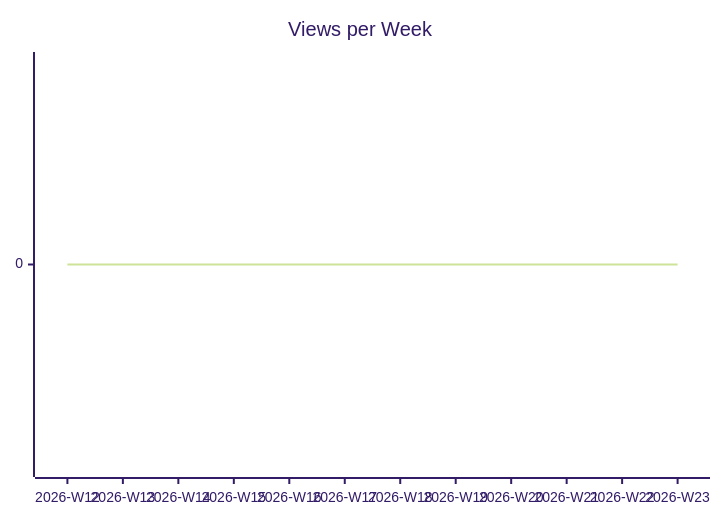
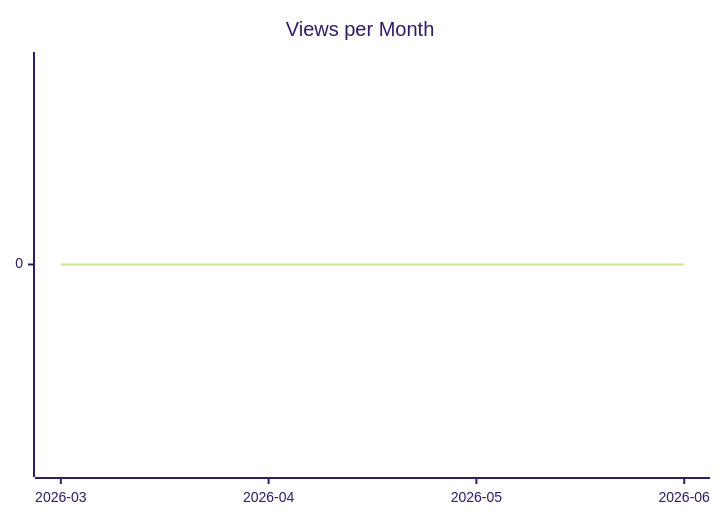
One commit to justdavis-family/github-analytics-data changed the second of 3 diagrams in karlmdavis/liquibase/README.md. Above: the diagram before and after it, drawn with Mermaid (forest theme). The commit also changed other lines of this file and 189 other files, not shown here.

````diff
--- a/karlmdavis/liquibase/README.md
+++ b/karlmdavis/liquibase/README.md
@@ -12,6 +12,6 @@
 ```mermaid
 xychart-beta
-  title "Views per Week"
-  x-axis ["2026-W12", "2026-W13", "2026-W14", "2026-W15", "2026-W16", "2026-W17", "2026-W18", "2026-W19", "2026-W20", "2026-W21", "2026-W22", "2026-W23"]
-  line [0, 0, 0, 0, 0, 0, 0, 0, 0, 0, 0, 0]
+  title "Views per Month"
+  x-axis ["2026-03", "2026-04", "2026-05", "2026-06"]
+  line [0, 0, 0, 0]
 ```
````
